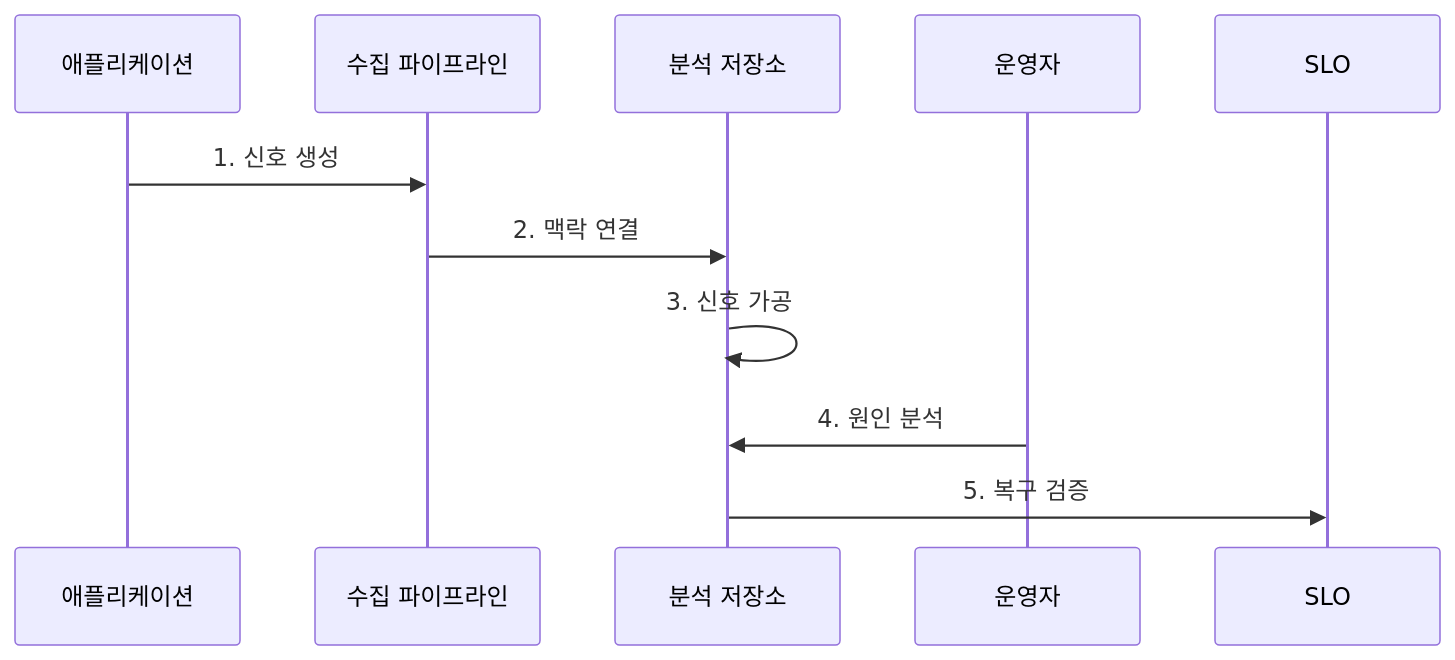
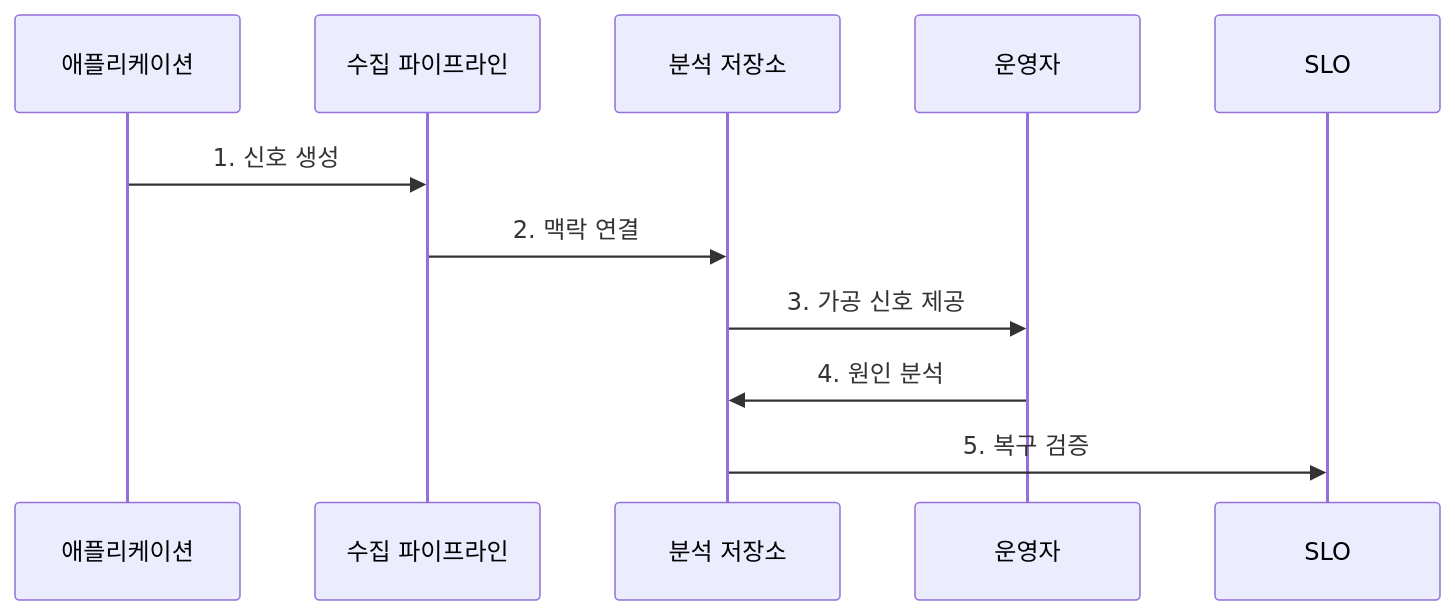
The second of 2 diagrams in src/content/docs/notes/08-latest-tech/169_cloud_native_observability.md (agnusdei1207/knowledge-base), drawn with Mermaid before and after one commit. The commit also changed other lines of this file and 228 other files, not shown here.

````diff
--- a/src/content/docs/notes/08-latest-tech/169_cloud_native_observability.md
+++ b/src/content/docs/notes/08-latest-tech/169_cloud_native_observability.md
@@ -79,13 +79,13 @@
 ```mermaid
 sequenceDiagram
   participant A as 애플리케이션
   participant P as 수집 파이프라인
   participant Q as 분석 저장소
   participant O as 운영자
   participant S as SLO
   A->>P: 1. 신호 생성
   P->>Q: 2. 맥락 연결
-  Q->>Q: 3. 신호 가공
+  Q->>O: 3. 가공 신호 제공
   O->>Q: 4. 원인 분석
   Q->>S: 5. 복구 검증
 ```
````
